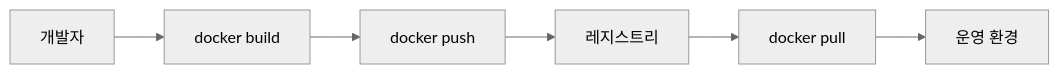
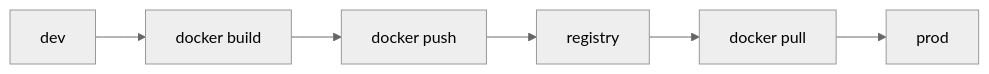
The diagram in content/containers-101/ko/07-registry.md (yeongseon-books/book-content), drawn with Mermaid (neutral theme) before and after one commit. The commit also changed other lines of this file and 9 other files, not shown here.

````diff
--- a/content/containers-101/ko/07-registry.md
+++ b/content/containers-101/ko/07-registry.md
@@ -47,8 +45,8 @@
 ```mermaid
 flowchart LR
-    Dev["개발자"] --> Build["docker build"]
+    Dev["dev"] --> Build["docker build"]
     Build --> Push["docker push"]
-    Push --> Reg["레지스트리"]
+    Push --> Reg["registry"]
     Reg --> Pull["docker pull"]
-    Pull --> Prod["운영 환경"]
+    Pull --> Prod["prod"]
 ```
````
